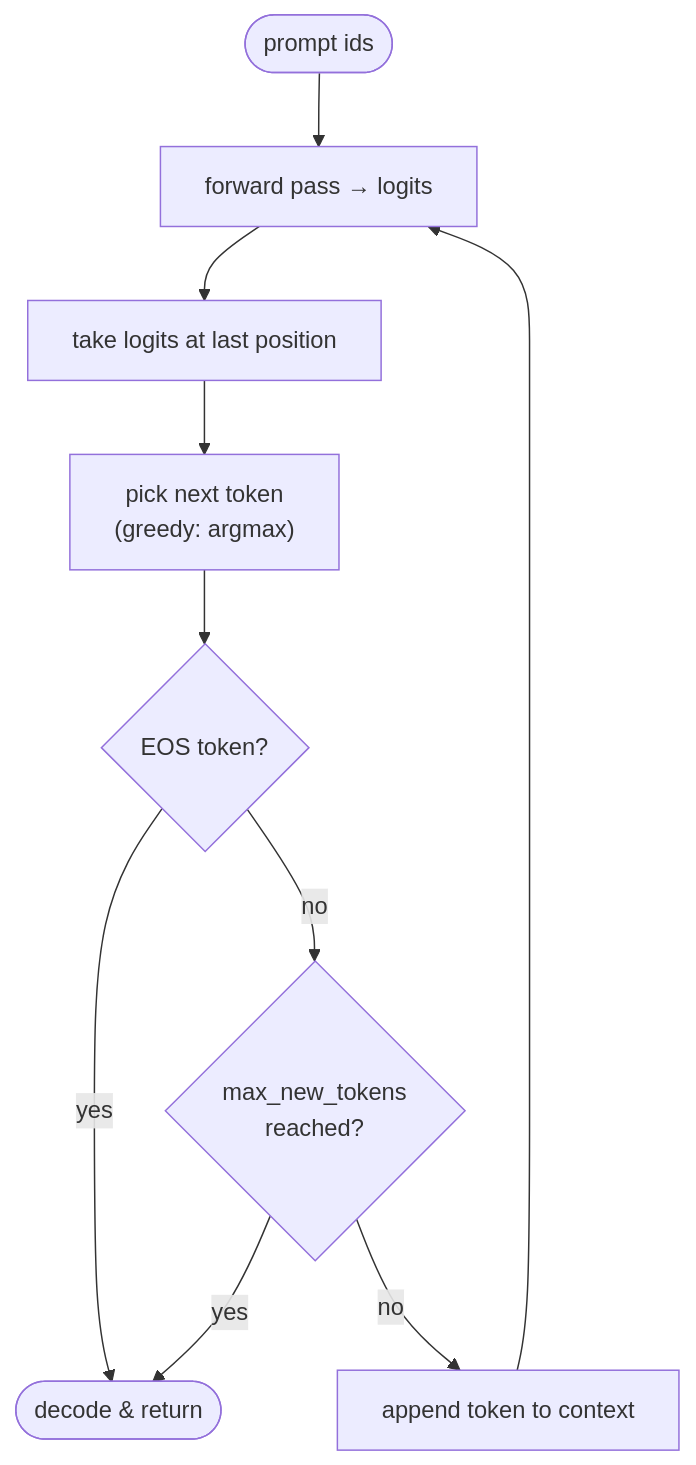
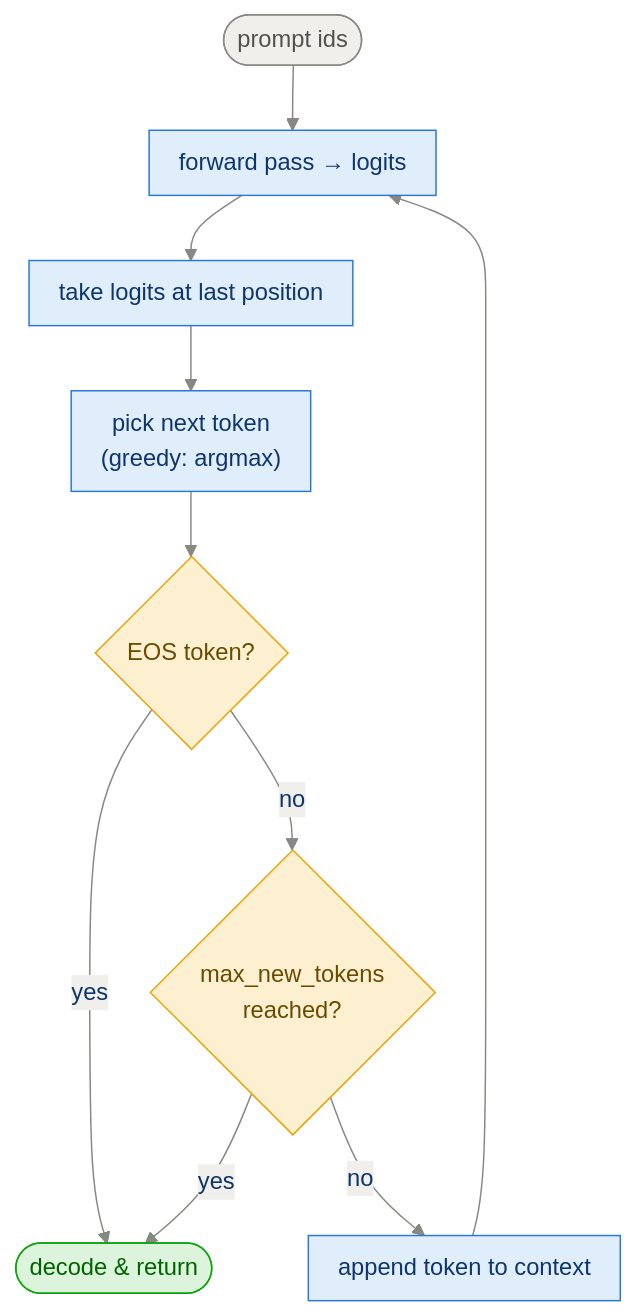
One commit to sudhanshu-shivam-dev/reasoning_model_from_scratch changed the third of 3 diagrams in study_guide/ch02_generating_text.md. Above: the diagram before and after it, drawn with Mermaid. The commit also changed other lines of this file and 14 other files, not shown here.

First line of the commit message:
Restyle all 54 diagrams: consistent palette, semantic colors, better spacing

````diff
--- a/study_guide/ch02_generating_text.md
+++ b/study_guide/ch02_generating_text.md
@@ -132,12 +142,19 @@
 ```mermaid
+%%{init: {"theme":"base","themeVariables":{"primaryColor":"#e0edfb","primaryTextColor":"#0d366b","primaryBorderColor":"#2a78d6","lineColor":"#898781","textColor":"#52514e","edgeLabelBackground":"#f0efec","clusterBkg":"rgba(137,135,129,0.07)","clusterBorder":"#a9a7a0","titleColor":"#898781"},"flowchart":{"nodeSpacing":36,"rankSpacing":44,"curve":"basis","padding":10}}}%%
 flowchart TB
     START(["prompt ids"]) --> F["forward pass → logits"]
     F --> LAST["take logits at last position"]
     LAST --> PICK["pick next token<br/>(greedy: argmax)"]
     PICK --> EOS{"EOS token?"}
     EOS -- yes --> DONE(["decode & return"])
     EOS -- no --> LEN{"max_new_tokens<br/>reached?"}
     LEN -- yes --> DONE
     LEN -- no --> APP["append token to context"]
     APP --> F
+    classDef dec fill:#fdf0d1,stroke:#eda100,color:#6b4a00
+    classDef good fill:#dcf3dc,stroke:#0ca30c,color:#006300
+    classDef dim fill:#f0efec,stroke:#898781,color:#52514e
+    class EOS,LEN dec
+    class DONE good
+    class START dim
 ```
````
